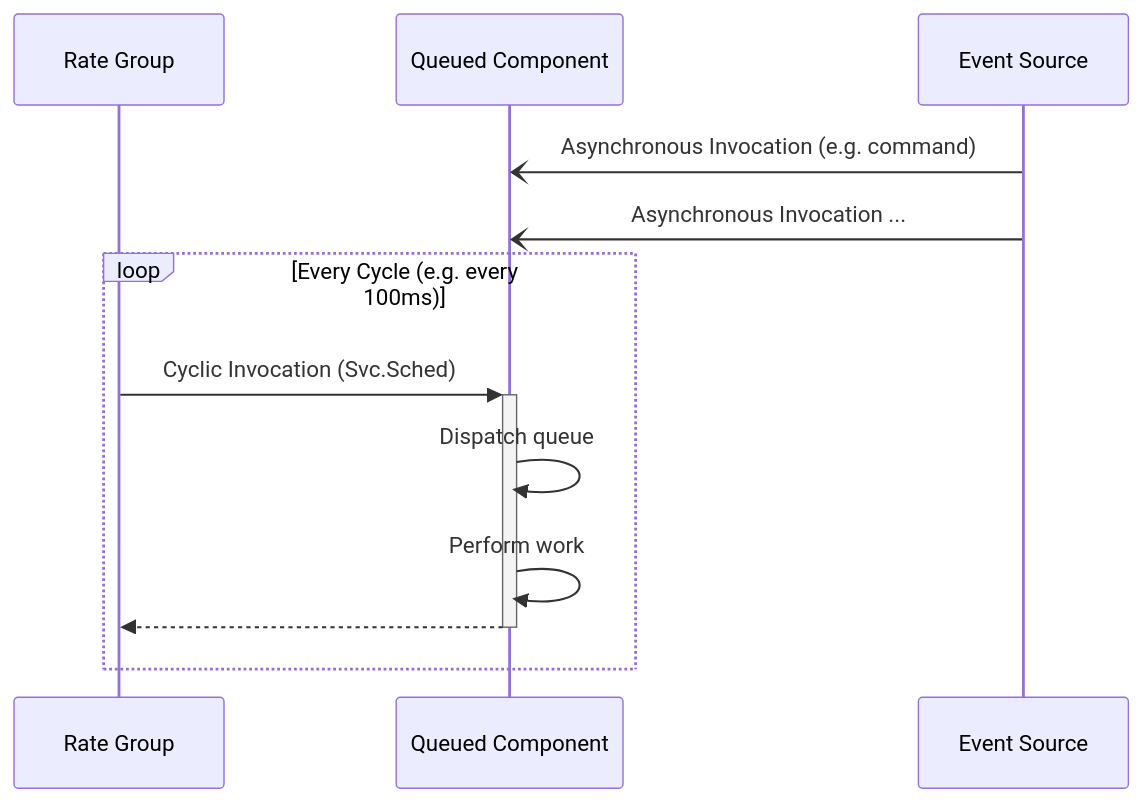
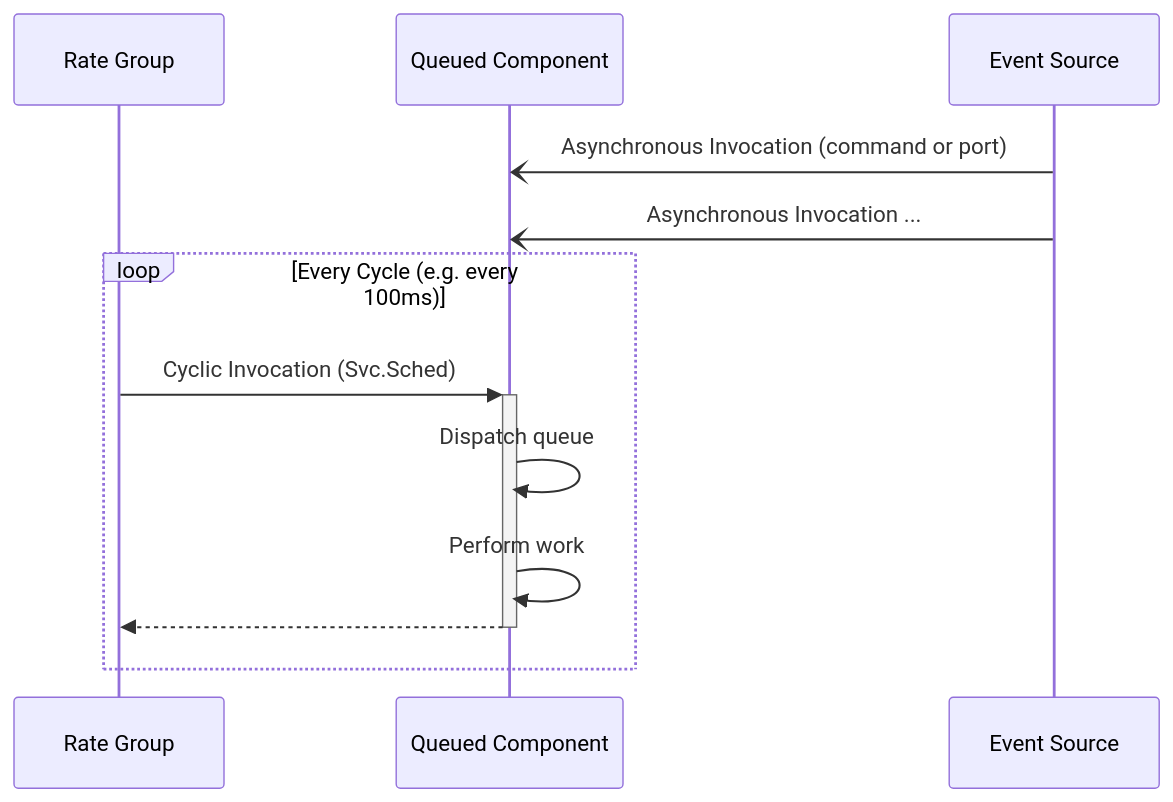
Before and after one commit to nasa/fprime: the second of 7 diagrams in docs/user-manual/framework/component-and-port-selection.md, drawn with Mermaid. The commit also changed other lines of this file, not shown here.

````diff
--- a/docs/user-manual/framework/component-and-port-selection.md
+++ b/docs/user-manual/framework/component-and-port-selection.md
@@ -83,17 +91,17 @@
 ```mermaid
 sequenceDiagram
     participant R as Rate Group
     participant C1 as Queued Component
     participant C2 as Event Source
 
-    C2-)C1: Asynchronous Invocation (e.g. command)
+    C2-)C1: Asynchronous Invocation (command or port)
     C2-)C1: Asynchronous Invocation ...
 
     loop Every Cycle (e.g. every 100ms)
         R->>+C1: Cyclic Invocation (Svc.Sched)
         C1->>C1: Dispatch queue
         C1->>C1: Perform work
         C1-->>R:
         deactivate C1
     end
 ```
````
